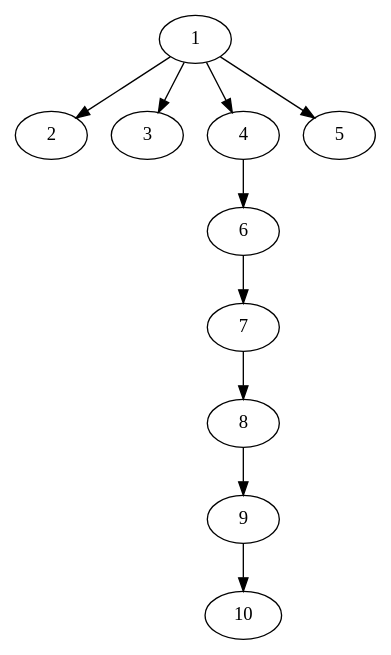
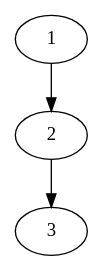
Before and after one commit to MatthieuDien/arboviz: the diagram in Src/XML_tests/test.dot, drawn with Graphviz. The commit also changed 4 other files, not shown here.

```diff
--- a/Src/XML_tests/test.dot
+++ b/Src/XML_tests/test.dot
@@ -1,20 +1,6 @@
-digraph {3013515564 [label=" 1 "];
-3012183884 [label=" 2 "];
-3013515564->3012183884;
-3012183660 [label=" 3 "];
-3013515564->3012183660;
-3012315116 [label=" 4 "];
-3012315468 [label=" 6 "];
-3012314540 [label=" 7 "];
-3012316268 [label=" 8 "];
-3012314764 [label=" 9 "];
-3012316428 [label=" 10 "];
-3012314764->3012316428;
-3012316268->3012314764;
-3012314540->3012316268;
-3012315468->3012314540;
-3012315116->3012315468;
-3013515564->3012315116;
-3012316300 [label=" 5 "];
-3013515564->3012316300;
+digraph {3070794476 [label=" 1 "];
+3041446508 [label=" 2 "];
+3041359948 [label=" 3 "];
+3041446508->3041359948;
+3070794476->3041446508;
 }
```
